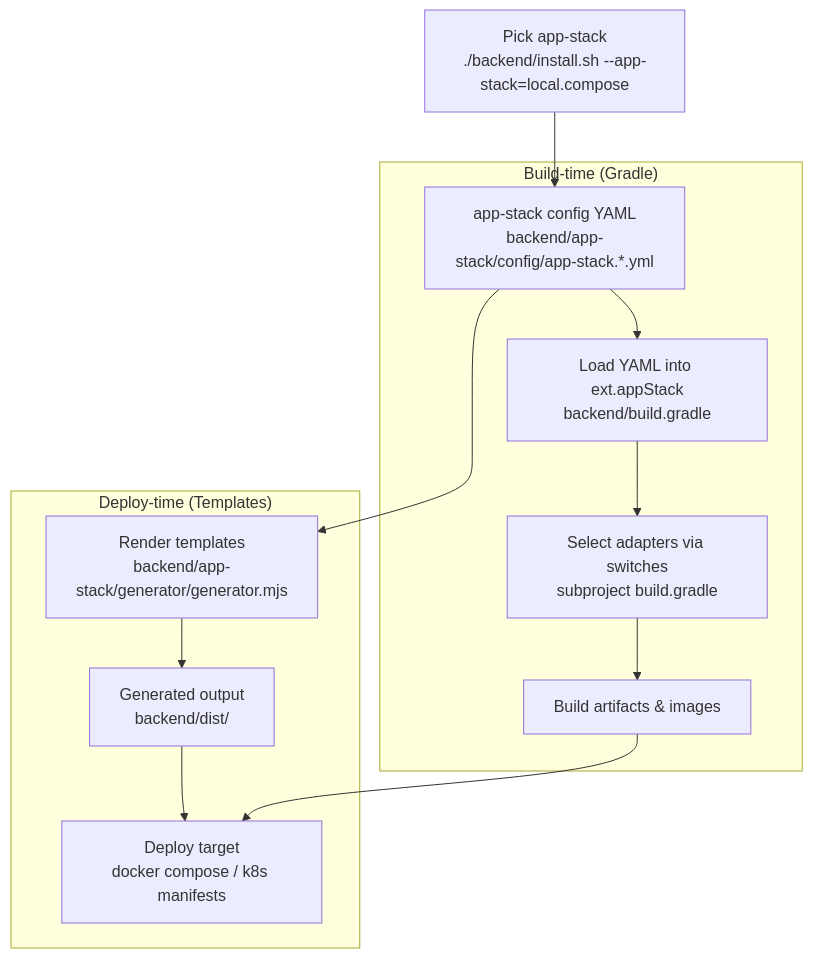
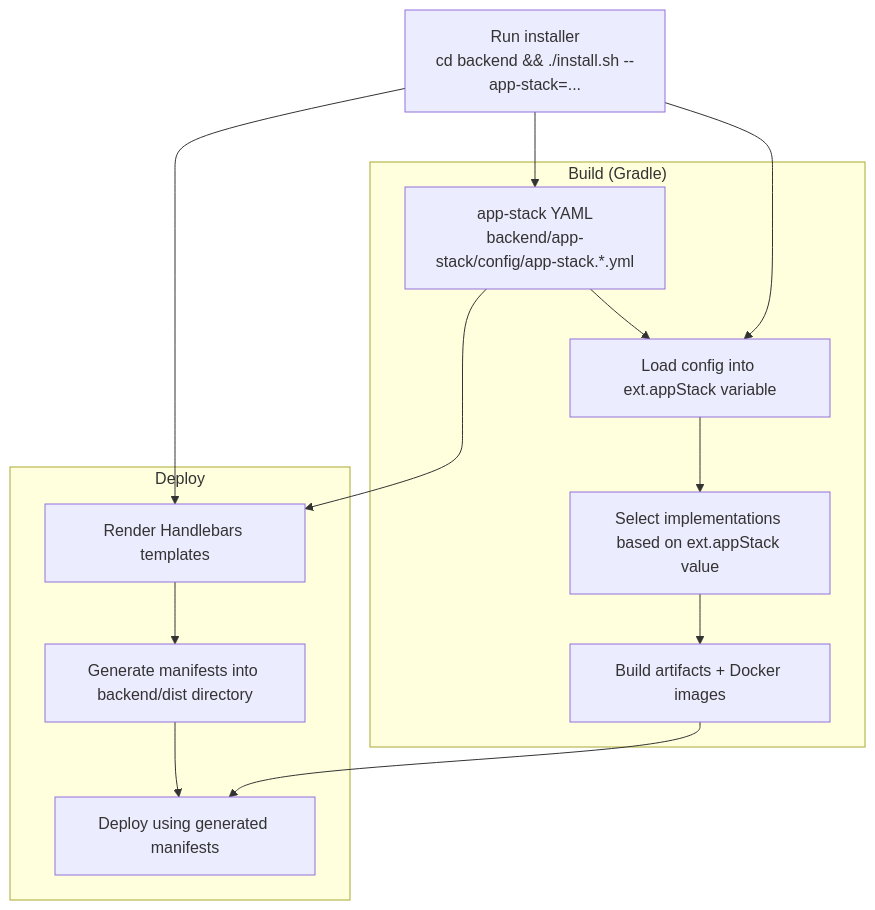
The second of 3 diagrams in README.md (atlashk/atlas), drawn with Mermaid before and after one commit. The commit also changed other lines of this file, not shown here.

````diff
--- a/README.md
+++ b/README.md
@@ -240,18 +267,20 @@
 ```mermaid
 flowchart TB
-  A[Pick app-stack<br/>./backend/install.sh --app-stack=local.compose] --> B[app-stack config YAML<br/>backend/app-stack/config/app-stack.*.yml]
+  CLI["Run installer<br/>cd backend && ./install.sh --app-stack=..."] --> CFG["app-stack YAML<br/>backend/app-stack/config/app-stack.*.yml"]
 
-  subgraph Build["Build-time (Gradle)"]
-    B --> C[Load YAML into ext.appStack<br/>backend/build.gradle]
-    C --> D[Select adapters via switches<br/>subproject build.gradle]
-    D --> E[Build artifacts & images]
+  subgraph Build["Build (Gradle)"]
+    CFG --> GRADLE["Load config into ext.appStack variable"]
+    GRADLE --> SELECT["Select implementations based on ext.appStack value"]
+    SELECT --> ARTIFACTS["Build artifacts + Docker images"]
   end
 
-  subgraph Deploy["Deploy-time (Templates)"]
-    B --> F[Render templates<br/>backend/app-stack/generator/generator.mjs]
-    F --> G[Generated output<br/>backend/dist/]
-    G --> H[Deploy target<br/>docker compose / k8s manifests]
+  subgraph Deploy["Deploy"]
+    CFG --> GEN["Render Handlebars templates"]
+    GEN --> DIST["Generate manifests into backend/dist directory"]
+    DIST --> TARGET["Deploy using generated manifests"]
   end
 
-  E --> H
+  CLI --> GRADLE
+  CLI --> GEN
+  ARTIFACTS --> TARGET
 ```
````
